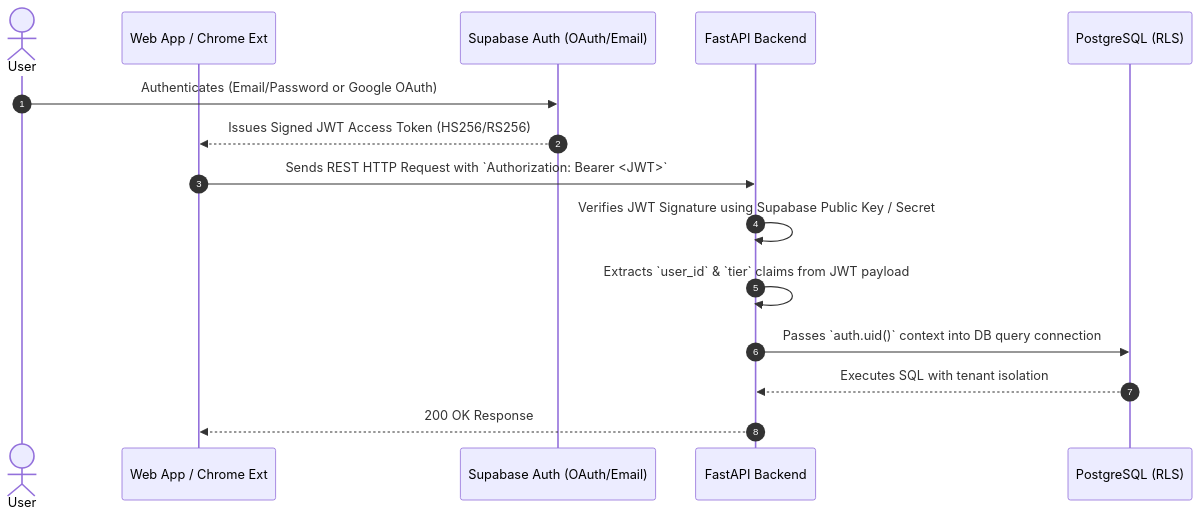
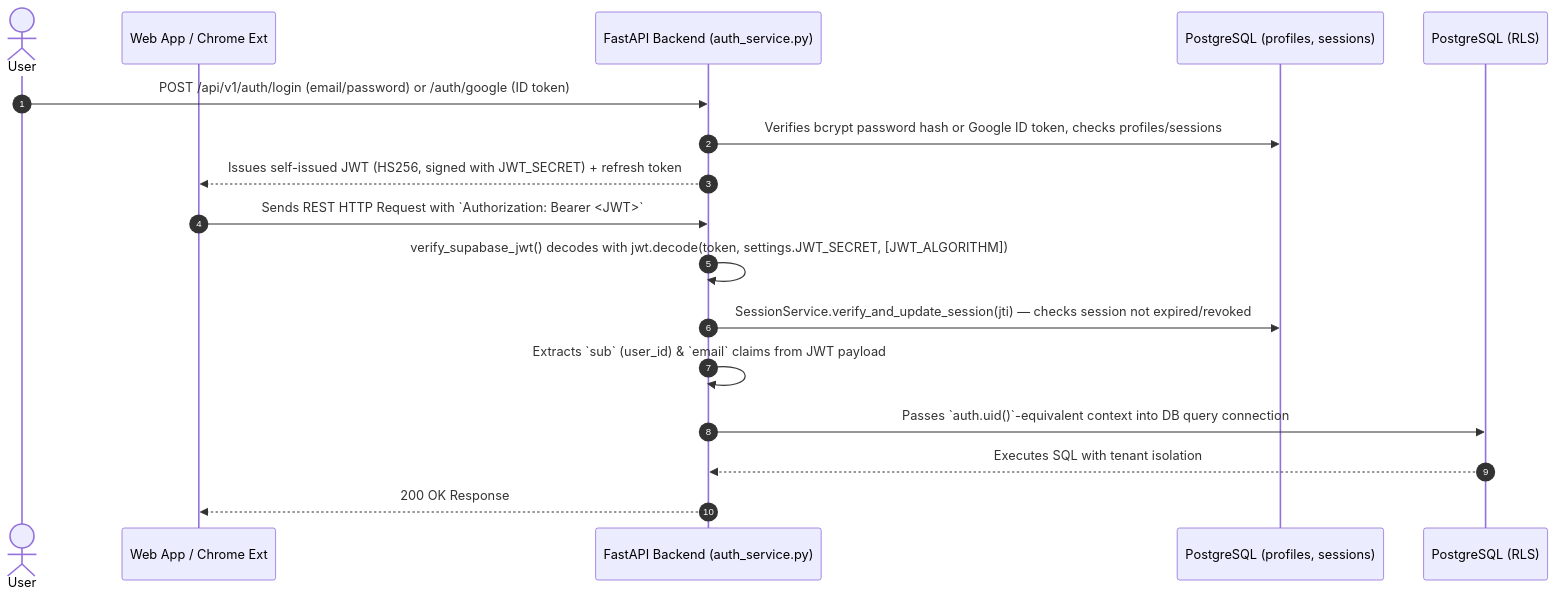
Before and after one commit to Narendra-bot07/chrome-extension: the diagram in docs/SECURITY.md, drawn with Mermaid. The commit also changed other lines of this file and 21 other files, not shown here.

````diff
--- a/docs/SECURITY.md
+++ b/docs/SECURITY.md
@@ -11,20 +11,22 @@
 ```mermaid
 sequenceDiagram
     autonumber
     actor User
     participant Frontend as Web App / Chrome Ext
-    participant Auth as Supabase Auth (OAuth/Email)
-    participant API as FastAPI Backend
+    participant API as FastAPI Backend (auth_service.py)
+    participant DB as PostgreSQL (profiles, sessions)
     participant RLS as PostgreSQL (RLS)
 
-    User->>Auth: Authenticates (Email/Password or Google OAuth)
-    Auth-->>Frontend: Issues Signed JWT Access Token (HS256/RS256)
-    
+    User->>API: POST /api/v1/auth/login (email/password) or /auth/google (ID token)
+    API->>DB: Verifies bcrypt password hash or Google ID token, checks profiles/sessions
+    API-->>Frontend: Issues self-issued JWT (HS256, signed with JWT_SECRET) + refresh token
+
     Frontend->>API: Sends REST HTTP Request with `Authorization: Bearer <JWT>`
-    API->>API: Verifies JWT Signature using Supabase Public Key / Secret
-    API->>API: Extracts `user_id` & `tier` claims from JWT payload
-    
-    API->>RLS: Passes `auth.uid()` context into DB query connection
+    API->>API: verify_supabase_jwt() decodes with jwt.decode(token, settings.JWT_SECRET, [JWT_ALGORITHM])
+    API->>DB: SessionService.verify_and_update_session(jti) — checks session not expired/revoked
+    API->>API: Extracts `sub` (user_id) & `email` claims from JWT payload
+
+    API->>RLS: Passes `auth.uid()`-equivalent context into DB query connection
     RLS-->>API: Executes SQL with tenant isolation
     API-->>Frontend: 200 OK Response
 ```
````
